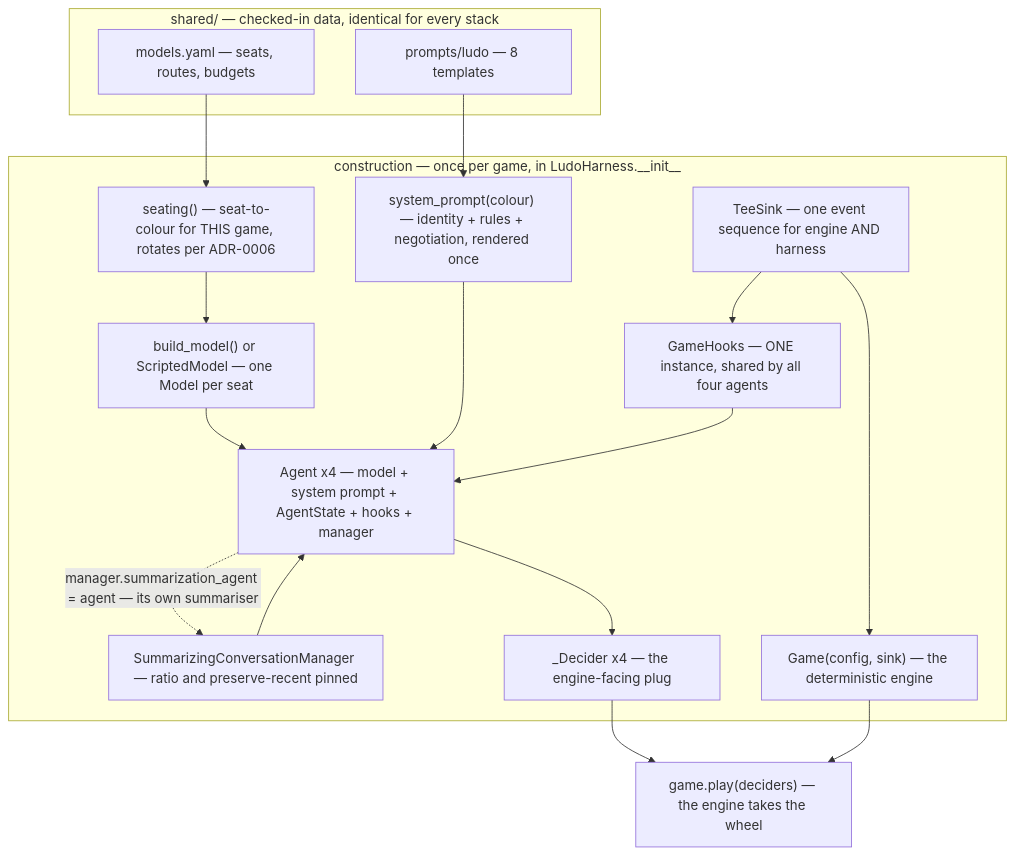
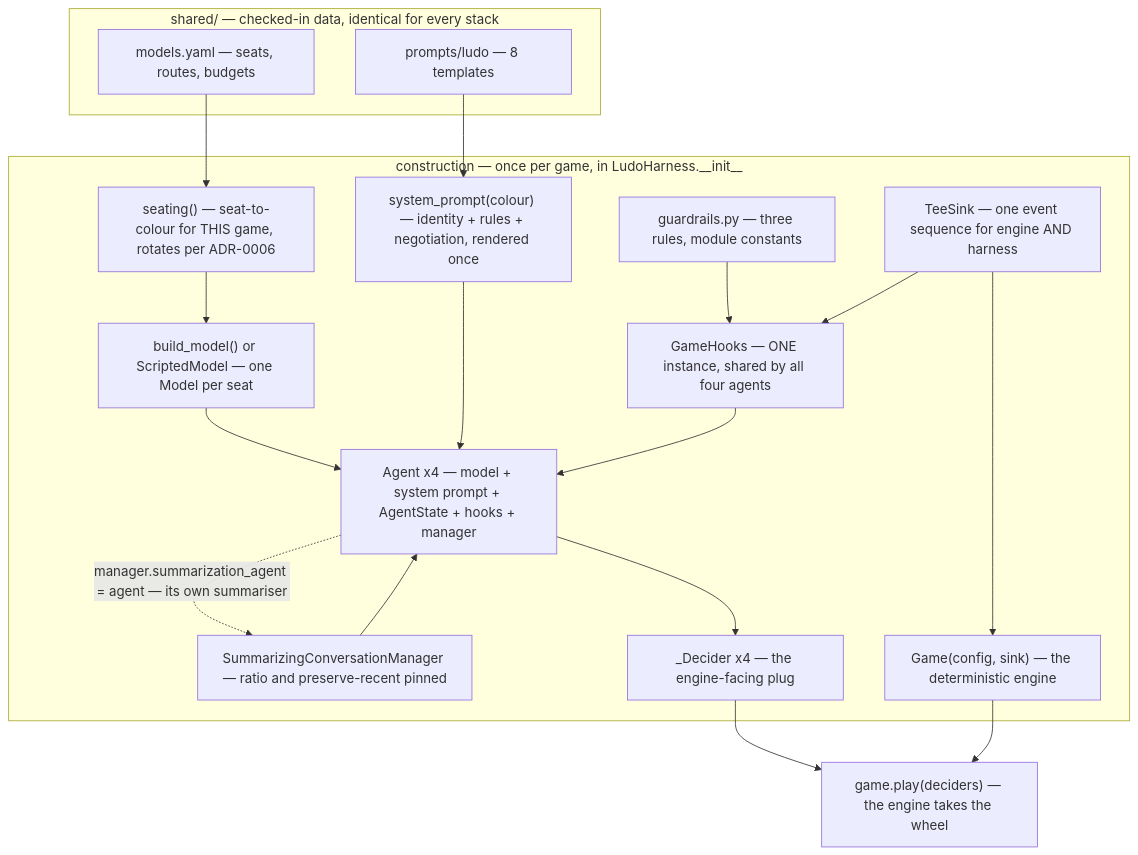
One commit to itamittech/llmeval changed the first of 3 diagrams in learning/strands/03-the-full-picture.md. Above: the diagram before and after it, drawn with Mermaid. The commit also changed other lines of this file and 1 other file, not shown here.

First line of the commit message:
docs(learning): full-picture doc — guardrails section, memory write paths, real code

````diff
--- a/learning/strands/03-the-full-picture.md
+++ b/learning/strands/03-the-full-picture.md
@@ -15,30 +15,32 @@
 ```mermaid
 flowchart TB
     subgraph sh ["shared/ — checked-in data, identical for every stack"]
         MY["models.yaml — seats, routes, budgets"]
         PR["prompts/ludo — 8 templates"]
     end
 
     subgraph cr ["construction — once per game, in LudoHarness.__init__"]
         SEAT["seating() — seat-to-colour for THIS game, rotates per ADR-0006"]
         BM["build_model() or ScriptedModel — one Model per seat"]
         SYS["system_prompt(colour) — identity + rules + negotiation, rendered once"]
         MGR["SummarizingConversationManager — ratio and preserve-recent pinned"]
         AG["Agent x4 — model + system prompt + AgentState + hooks + manager"]
         GH["GameHooks — ONE instance, shared by all four agents"]
+        GR["guardrails.py — three rules, module constants"]
         TEE["TeeSink — one event sequence for engine AND harness"]
         GAME["Game(config, sink) — the deterministic engine"]
         DEC["_Decider x4 — the engine-facing plug"]
     end
 
     MY --> SEAT --> BM --> AG
     PR --> SYS --> AG
     MGR --> AG
     AG -. "manager.summarization_agent = agent — its own summariser" .-> MGR
     GH --> AG
+    GR --> GH
     TEE --> GH
     TEE --> GAME
     AG --> DEC
     DEC --> PLAY["game.play(deciders) — the engine takes the wheel"]
     GAME --> PLAY
 ```
````
